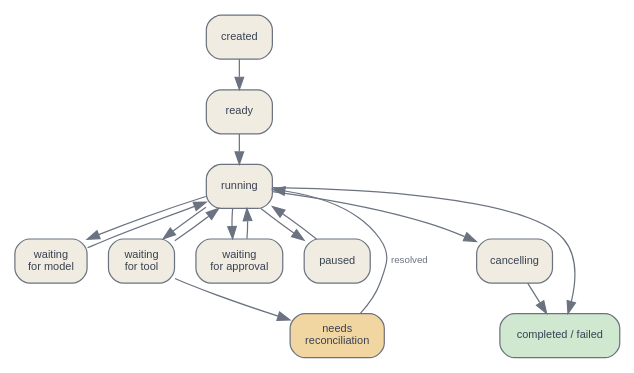
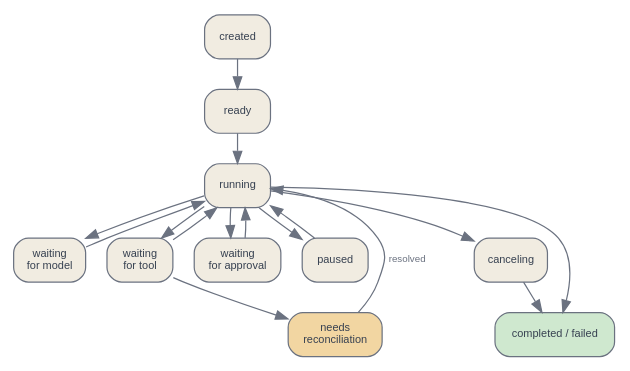
One commit to latere-ai/ai-as-an-infrastructure changed the diagram in en/orchestration/05-the-harness.qmd. Above: the diagram before and after it, drawn with Graphviz. The commit also changed other lines of this file and 13 other files, not shown here.

Commit message:
en: American spelling in prose, captions and diagram labels; identifiers, quoted titles and EU AI Act terms unchanged

````diff
--- a/en/orchestration/05-the-harness.qmd
+++ b/en/orchestration/05-the-harness.qmd
@@ -91,34 +91,34 @@
 ```{dot}
 //| label: fig-harness-state-machine
 //| fig-cap: "A harness state machine. Waits and reconciliation are visible states, not gaps in an output stream."
 digraph {
     bgcolor="transparent";
     rankdir=TB;
     size="4.6,5.2";
     nodesep=0.24;
     ranksep=0.32;
     node [shape=box, style="rounded,filled", fontname="Helvetica", fontsize=9, color="#6b7280", fontcolor="#374151", fillcolor="#f1ece1"];
     edge [fontname="Helvetica", fontsize=8, color="#6b7280", fontcolor="#6b7280"];
 
     C [label="created"];
     R [label="ready"];
     X [label="running"];
     M [label="waiting\nfor model"];
     T [label="waiting\nfor tool"];
     A [label="waiting\nfor approval"];
     P [label="paused"];
-    K [label="cancelling"];
+    K [label="canceling"];
     Q [label="needs\nreconciliation", fillcolor="#f2d6a2"];
     D [label="completed / failed", fillcolor="#cfe8cf"];
 
     C -> R -> X;
     X -> M -> X;
     X -> T -> X;
     X -> A -> X;
     X -> P -> X;
     X -> K -> D;
     T -> Q;
     Q -> X [label="resolved"];
     X -> D;
 }
 ```
````
